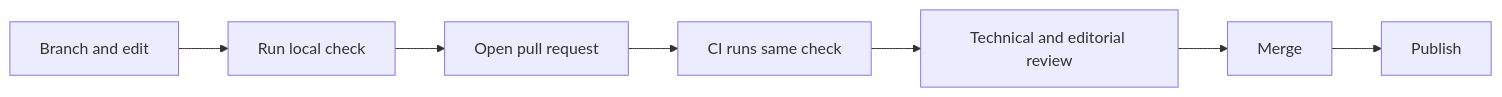
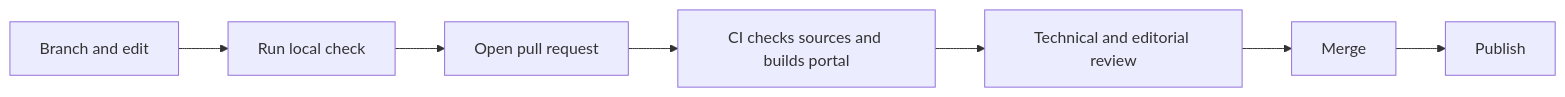
One commit to sriraj-guttapalyam/technical-writing-portfolio changed the diagram in projects/docs-as-code/README.md. Above: the diagram before and after it, drawn with Mermaid. The commit also changed other lines of this file and 22 other files, not shown here.

````diff
--- a/projects/docs-as-code/README.md
+++ b/projects/docs-as-code/README.md
@@ -28,9 +30,9 @@
 ```mermaid
 flowchart LR
     A[Branch and edit] --> B[Run local check]
     B --> C[Open pull request]
-    C --> D[CI runs same check]
+    C --> D[CI checks sources and builds portal]
     D --> E[Technical and editorial review]
     E --> F[Merge]
     F --> G[Publish]
 ```
````
